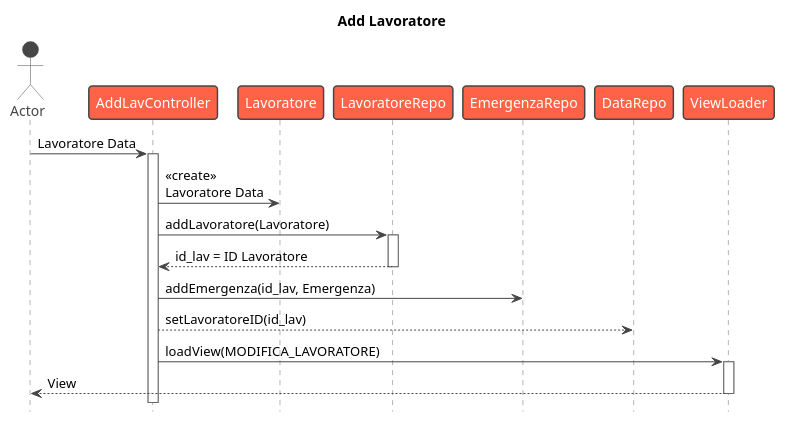
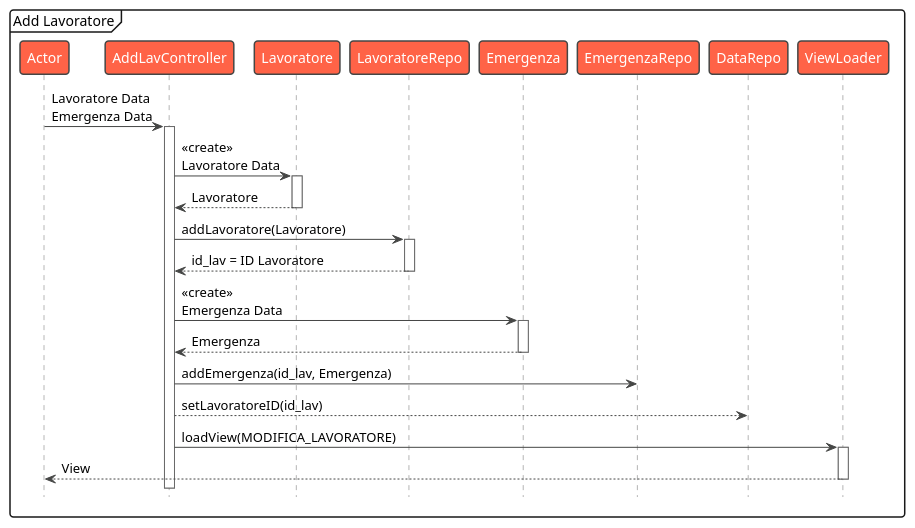
One commit to cl3t4p/Progetto-Lavoratori-2022 changed the diagram in SequenceDiagram/AddLavController_inserimento_lavoratore.puml. Above: the diagram before and after it, drawn with PlantUML. The commit also changed 33 other files, not shown here.

Commit message:
Update Name and UML

```diff
--- a/SequenceDiagram/AddLavController_inserimento_lavoratore.puml
+++ b/SequenceDiagram/AddLavController_inserimento_lavoratore.puml
@@ -1,21 +1,30 @@
 @startuml AddLavController
 !theme vibrant
 hide footbox
-title Add Lavoratore
-actor Actor
-Actor -> AddLavController : Lavoratore Data
+mainframe Add Lavoratore
+participant Actor
+Actor -> AddLavController : Lavoratore Data\nEmergenza Data
 activate AddLavController
 
 AddLavController -> Lavoratore : << create >> \nLavoratore Data
+activate Lavoratore
+Lavoratore --> AddLavController : Lavoratore
+deactivate Lavoratore
 
 AddLavController -> LavoratoreRepo : addLavoratore(Lavoratore)
 activate LavoratoreRepo
 LavoratoreRepo --> AddLavController : id_lav = ID Lavoratore
 deactivate LavoratoreRepo
+
+AddLavController -> Emergenza : << create >> \nEmergenza Data
+activate Emergenza
+Emergenza --> AddLavController : Emergenza
+deactivate Emergenza
+
 AddLavController -> EmergenzaRepo : addEmergenza(id_lav, Emergenza)
 AddLavController --> DataRepo : setLavoratoreID(id_lav)
 AddLavController -> ViewLoader : loadView(MODIFICA_LAVORATORE)
 activate ViewLoader
 ViewLoader --> Actor : View
 deactivate ViewLoader
 @enduml
```
